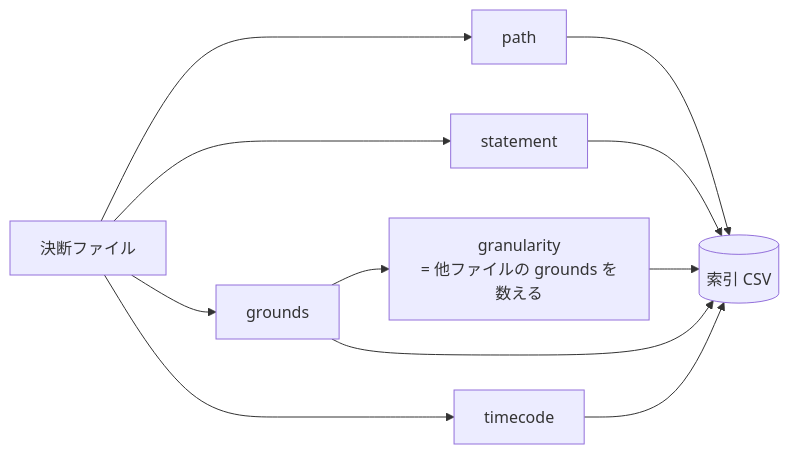
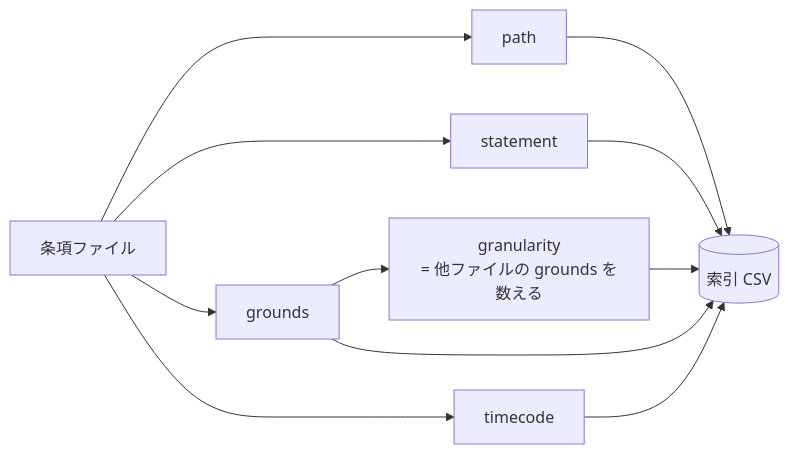
The first of 2 diagrams in docs/archivist/L3_structures/index-format.md (gameundwatch/codifier), drawn with Mermaid before and after one commit. The commit also changed other lines of this file and 77 other files, not shown here.

````diff
--- a/docs/archivist/L3_structures/index-format.md
+++ b/docs/archivist/L3_structures/index-format.md
@@ -9,9 +9,9 @@
 ```mermaid
 flowchart LR
-    F["決断ファイル"] --> P[path]
+    F["条項ファイル"] --> P[path]
     F --> S[statement]
     F --> G[grounds]
     F --> T[timecode]
     G --> N["granularity<br/>= 他ファイルの grounds を数える"]
     P & S & G & T & N --> C[(索引 CSV)]
 ```
````
